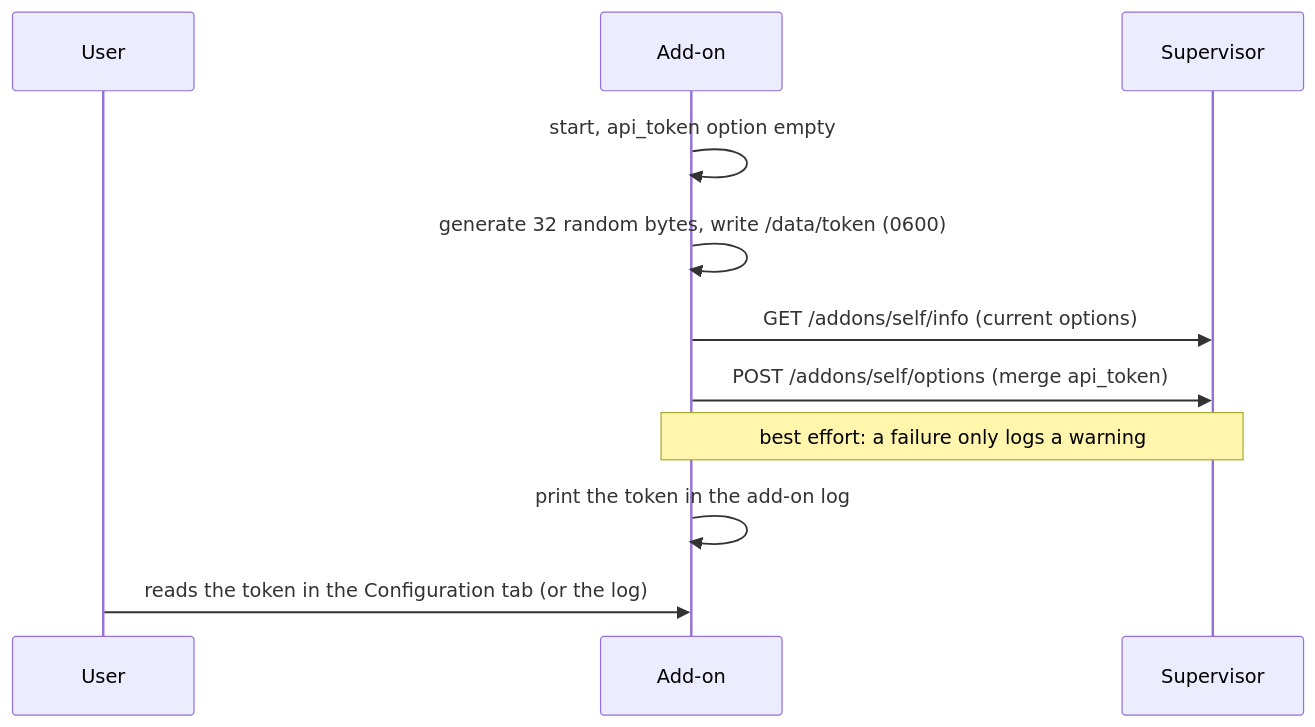
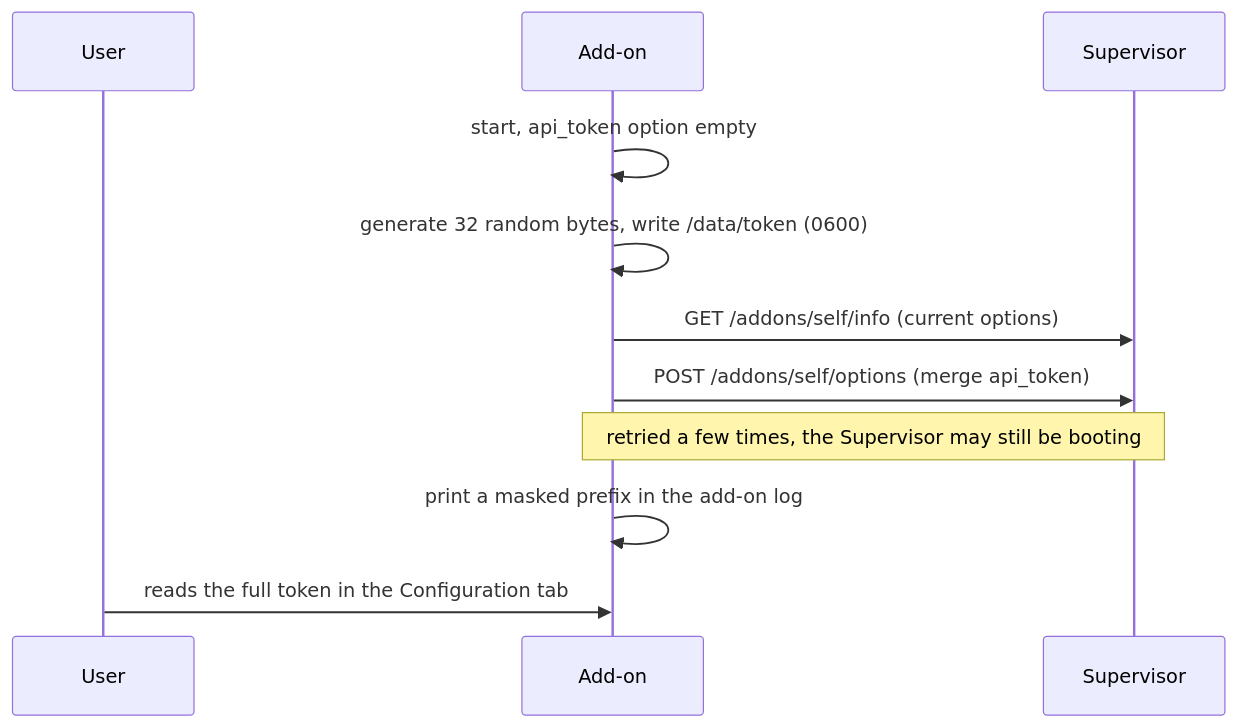
Before and after one commit to Devitek/mcp-ha: the third of 3 diagrams in docs/reference/architecture.md, drawn with Mermaid. The commit also changed 17 other files, not shown here.

````diff
--- a/docs/reference/architecture.md
+++ b/docs/reference/architecture.md
@@ -78,13 +78,13 @@
 ```mermaid
 sequenceDiagram
   participant U as User
   participant A as Add-on
   participant S as Supervisor
   A->>A: start, api_token option empty
   A->>A: generate 32 random bytes, write /data/token (0600)
   A->>S: GET /addons/self/info (current options)
   A->>S: POST /addons/self/options (merge api_token)
-  Note over A,S: best effort: a failure only logs a warning
-  A->>A: print the token in the add-on log
-  U->>A: reads the token in the Configuration tab (or the log)
+  Note over A,S: retried a few times, the Supervisor may still be booting
+  A->>A: print a masked prefix in the add-on log
+  U->>A: reads the full token in the Configuration tab
 ```
````
